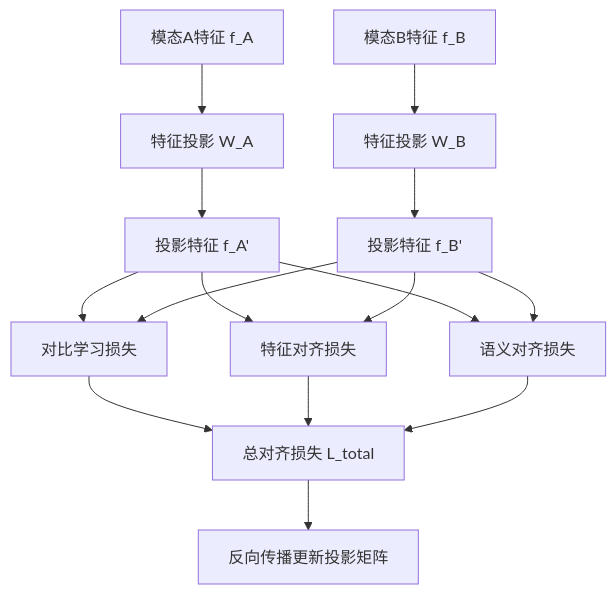
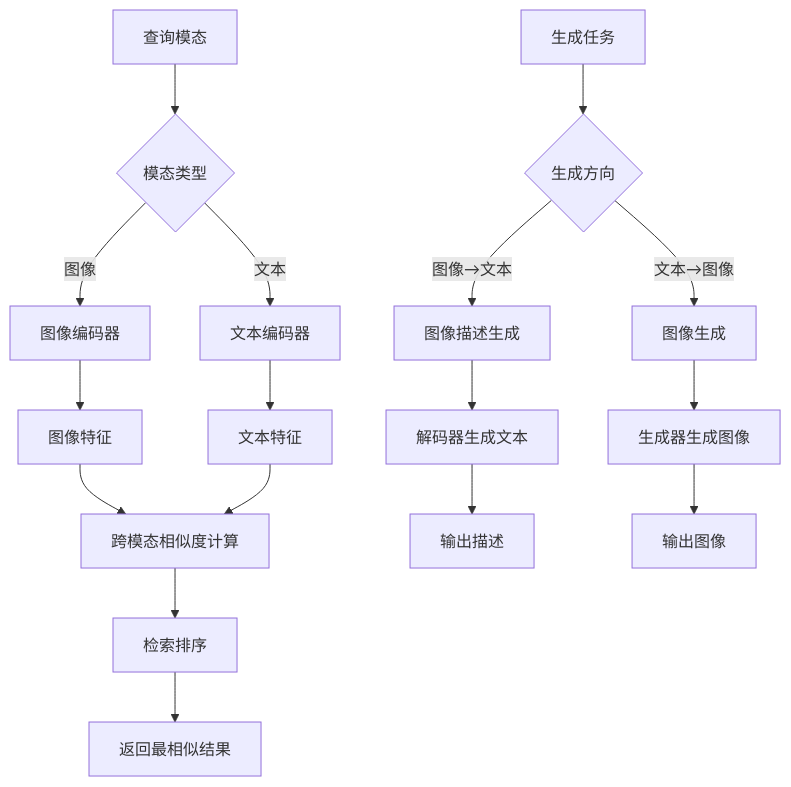
Before and after one commit to AdaMartin18010/FormalModel: the second of 3 diagrams in docs/09-实现示例/通用示例/MULTIMODAL_LEARNING_MULTI_REPRESENTATION.md, drawn with Mermaid. The commit also changed other lines of this file and 2 other files, not shown here.

````diff
--- a/docs/09-实现示例/通用示例/MULTIMODAL_LEARNING_MULTI_REPRESENTATION.md
+++ b/docs/09-实现示例/通用示例/MULTIMODAL_LEARNING_MULTI_REPRESENTATION.md
@@ -345,23 +265,25 @@
 ```mermaid
 graph TD
-    A[模态A特征 f_A] --> B[特征投影 W_A]
-    C[模态B特征 f_B] --> D[特征投影 W_B]
+    A[查询模态] --> B{模态类型}
+    B -->|图像| C[图像编码器]
+    B -->|文本| D[文本编码器]
     
-    B --> E[投影特征 f_A']
-    D --> F[投影特征 f_B']
+    C --> E[图像特征]
+    D --> F[文本特征]
     
-    E --> G[对比学习损失]
+    E --> G[跨模态相似度计算]
     F --> G
     
-    E --> H[特征对齐损失]
-    F --> H
+    G --> H[检索排序]
+    H --> I[返回最相似结果]
     
-    E --> I[语义对齐损失]
-    F --> I
+    J[生成任务] --> K{生成方向}
+    K -->|图像→文本| L[图像描述生成]
+    K -->|文本→图像| M[图像生成]
     
-    G --> J[总对齐损失 L_total]
-    H --> J
-    I --> J
+    L --> N[解码器生成文本]
+    M --> O[生成器生成图像]
     
-    J --> K[反向传播更新投影矩阵]
+    N --> P[输出描述]
+    O --> Q[输出图像]
 ```
````
